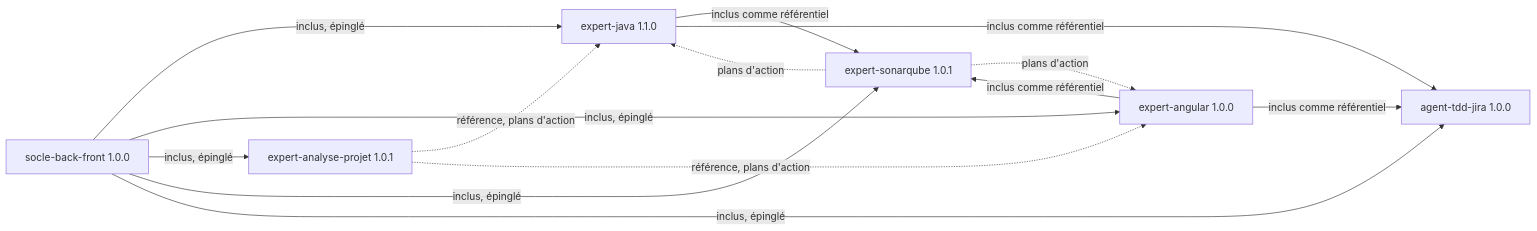
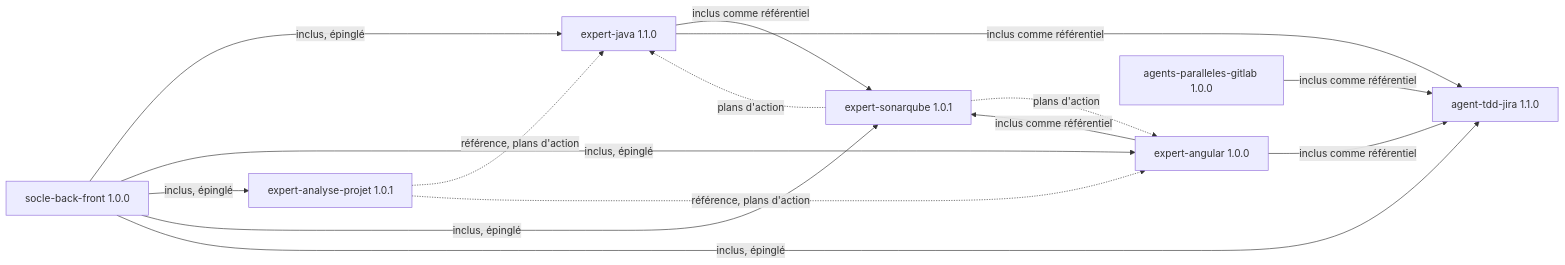
Before and after one commit to FredGarcia/Agent2Prompt: the diagram in README.md, drawn with Mermaid. The commit also changed other lines of this file and 1 other file, not shown here.

First line of the commit message:
docs: kit agents-paralleles-gitlab et agent TDD Jira 1.1.0

````diff
--- a/README.md
+++ b/README.md
@@ -22,16 +23,17 @@
 ```mermaid
 flowchart LR
   SOCLE["socle-back-front 1.0.0"] -->|"inclus, épinglé"| J["expert-java 1.1.0"]
   SOCLE -->|"inclus, épinglé"| A["expert-angular 1.0.0"]
   SOCLE -->|"inclus, épinglé"| AN["expert-analyse-projet 1.0.1"]
   AN -.->|"référence, plans d'action"| J
   AN -.->|"référence, plans d'action"| A
   SOCLE -->|"inclus, épinglé"| SQ["expert-sonarqube 1.0.1"]
   J -->|"inclus comme référentiel"| SQ
   A -->|"inclus comme référentiel"| SQ
   SQ -.->|"plans d'action"| J
   SQ -.->|"plans d'action"| A
-  SOCLE -->|"inclus, épinglé"| TDD["agent-tdd-jira 1.0.0"]
+  SOCLE -->|"inclus, épinglé"| TDD["agent-tdd-jira 1.1.0"]
   J -->|"inclus comme référentiel"| TDD
   A -->|"inclus comme référentiel"| TDD
+  APG["agents-paralleles-gitlab 1.0.0"] -->|"inclus comme référentiel"| TDD
 ```
````
